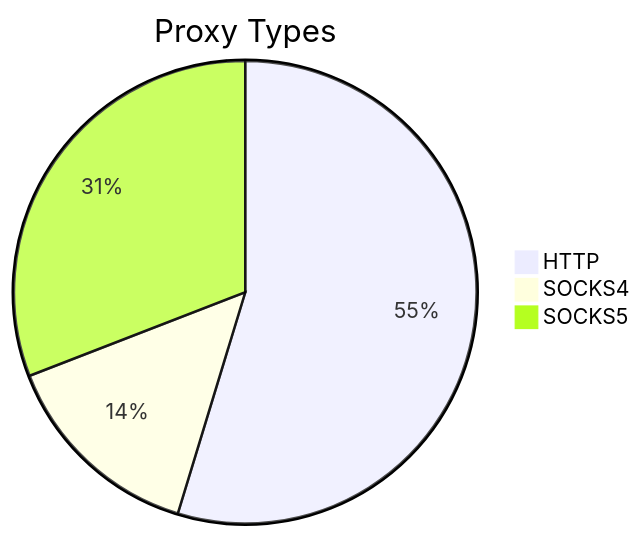
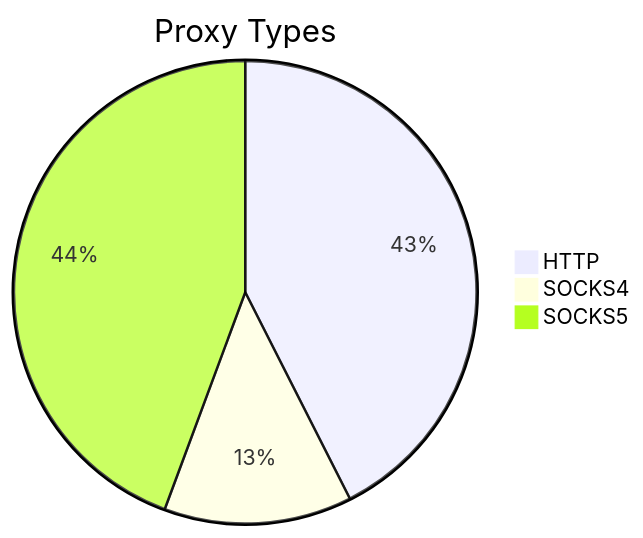
The first of 2 diagrams in README.md (stormsia/proxy-list), drawn with Mermaid before and after one commit. The commit also changed other lines of this file, not shown here.

````diff
--- a/README.md
+++ b/README.md
@@ -21,6 +21,6 @@
 ```mermaid
 pie title Proxy Types
-    "HTTP" : 186
-    "SOCKS4" : 49
-    "SOCKS5" : 105
+    "HTTP" : 94
+    "SOCKS4" : 29
+    "SOCKS5" : 98
 ```
````
